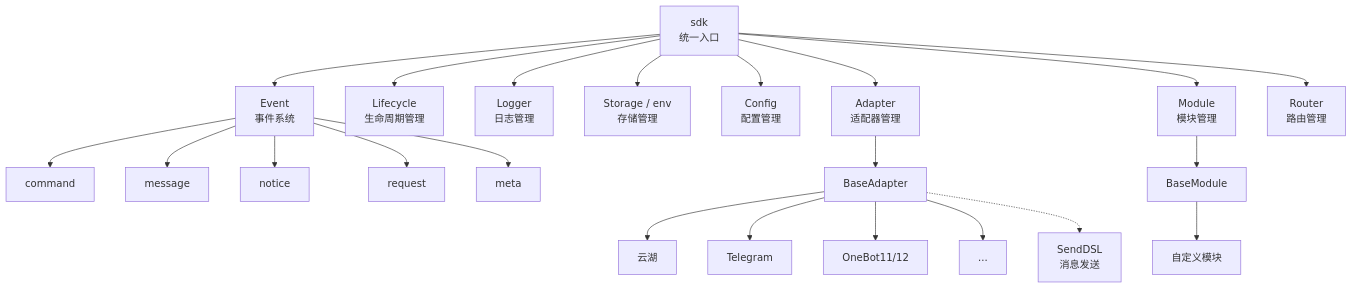
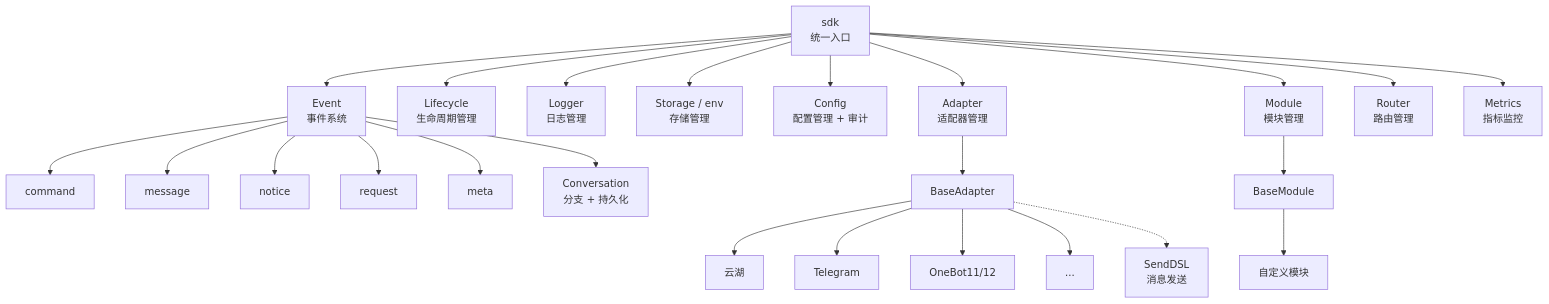
Before and after one commit to ErisPulse/ErisPulse: the first of 5 diagrams in docs/zh-CN/architecture.md, drawn with Mermaid. The commit also changed other lines of this file and 16 other files, not shown here.

````diff
--- a/docs/zh-CN/architecture.md
+++ b/docs/zh-CN/architecture.md
@@ -9,30 +9,32 @@
 ```mermaid
 graph TB
     SDK["sdk<br/>统一入口"]
 
     SDK --> Event["Event<br/>事件系统"]
     SDK --> Lifecycle["Lifecycle<br/>生命周期管理"]
     SDK --> Logger["Logger<br/>日志管理"]
     SDK --> Storage["Storage / env<br/>存储管理"]
-    SDK --> Config["Config<br/>配置管理"]
+    SDK --> Config["Config<br/>配置管理 + 审计"]
     SDK --> AdapterMgr["Adapter<br/>适配器管理"]
     SDK --> ModuleMgr["Module<br/>模块管理"]
     SDK --> Router["Router<br/>路由管理"]
+    SDK --> Metrics["Metrics<br/>指标监控"]
 
     Event --> Command["command"]
     Event --> Message["message"]
     Event --> Notice["notice"]
     Event --> Request["request"]
     Event --> Meta["meta"]
+    Event --> Conversation["Conversation<br/>分支 + 持久化"]
 
     AdapterMgr --> BaseAdapter["BaseAdapter"]
     BaseAdapter --> P1["云湖"]
     BaseAdapter --> P2["Telegram"]
     BaseAdapter --> P3["OneBot11/12"]
     BaseAdapter --> PN["..."]
 
     ModuleMgr --> BaseModule["BaseModule"]
     BaseModule --> CM["自定义模块"]
 
     BaseAdapter -.-> SendDSL["SendDSL<br/>消息发送"]
 ```
````
